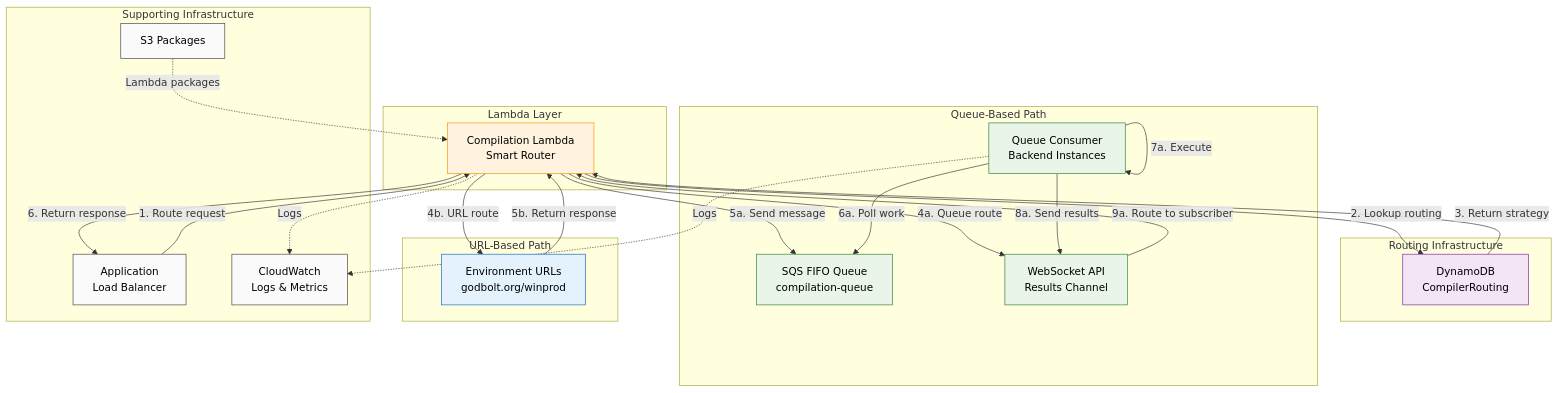
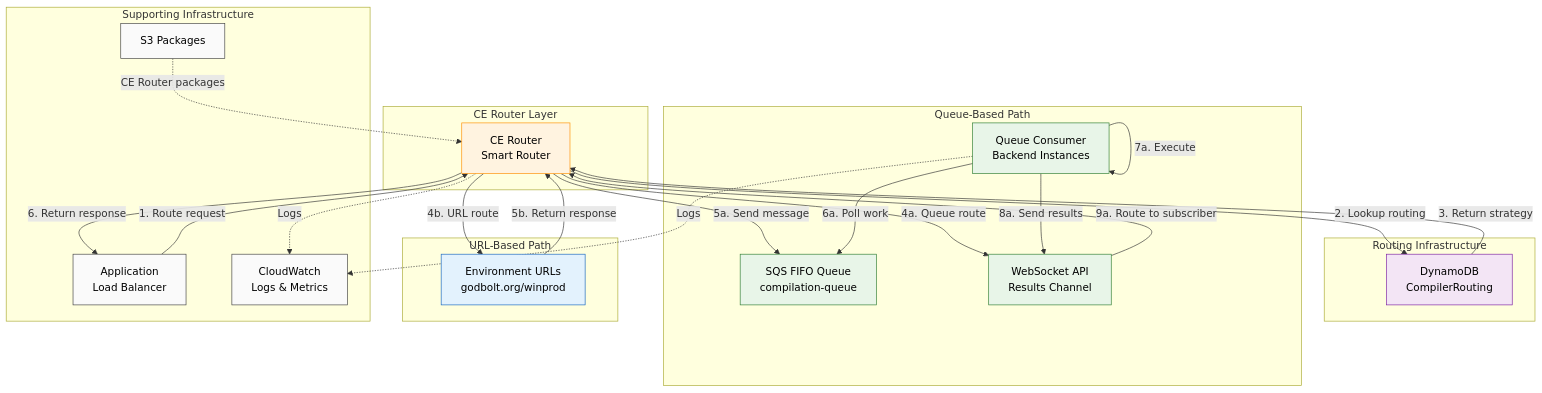
The third of 4 diagrams in docs/lambda_compilation_workflow.md (compiler-explorer/infra), drawn with Mermaid before and after one commit. The commit also changed other lines of this file and 6 other files, not shown here.

````diff
--- a/docs/lambda_compilation_workflow.md
+++ b/docs/lambda_compilation_workflow.md
@@ -212,63 +212,63 @@
 ```mermaid
 graph TB
-    subgraph lambda [Lambda Layer]
-        LF[Compilation Lambda<br/>Smart Router]
+    subgraph router [CE Router Layer]
+        LF[CE Router<br/>Smart Router]
     end
 
     subgraph routing [Routing Infrastructure]
         RT[DynamoDB<br/>CompilerRouting]
     end
 
     subgraph queue_path [Queue-Based Path]
         SQS[SQS FIFO Queue<br/>compilation-queue]
         WS[WebSocket API<br/>Results Channel]
         CI[Queue Consumer<br/>Backend Instances]
     end
 
     subgraph url_path [URL-Based Path]
         ENV[Environment URLs<br/>godbolt.org/winprod]
     end
 
     subgraph infra [Supporting Infrastructure]
         ALB[Application<br/>Load Balancer]
         S3[S3 Packages]
         CW[CloudWatch<br/>Logs & Metrics]
     end
 
     %% Main flow
     ALB -->|1. Route request| LF
     LF -->|2. Lookup routing| RT
     RT -->|3. Return strategy| LF
 
     %% Queue routing path
     LF -->|4a. Queue route| WS
     LF -->|5a. Send message| SQS
     CI -->|6a. Poll work| SQS
     CI -->|7a. Execute| CI
     CI -->|8a. Send results| WS
     WS -->|9a. Route to subscriber| LF
 
     %% URL routing path
     LF -->|4b. URL route| ENV
     ENV -->|5b. Return response| LF
 
     %% Response
     LF -->|6. Return response| ALB
 
     %% Supporting connections
     LF -.->|Logs| CW
     CI -.->|Logs| CW
-    S3 -.->|Lambda packages| LF
+    S3 -.->|CE Router packages| LF
 
-    classDef lambda fill:#fff3e0,stroke:#ff8f00,color:#000
+    classDef router fill:#fff3e0,stroke:#ff8f00,color:#000
     classDef routing fill:#f3e5f5,stroke:#7b1fa2,color:#000
     classDef queue fill:#e8f5e8,stroke:#2e7d32,color:#000
     classDef url fill:#e3f2fd,stroke:#1565c0,color:#000
     classDef infra fill:#fafafa,stroke:#424242,color:#000
 
-    class LF lambda
+    class LF router
     class RT routing
     class SQS,WS,CI queue
     class ENV url
     class ALB,S3,CW infra
 ```
````
